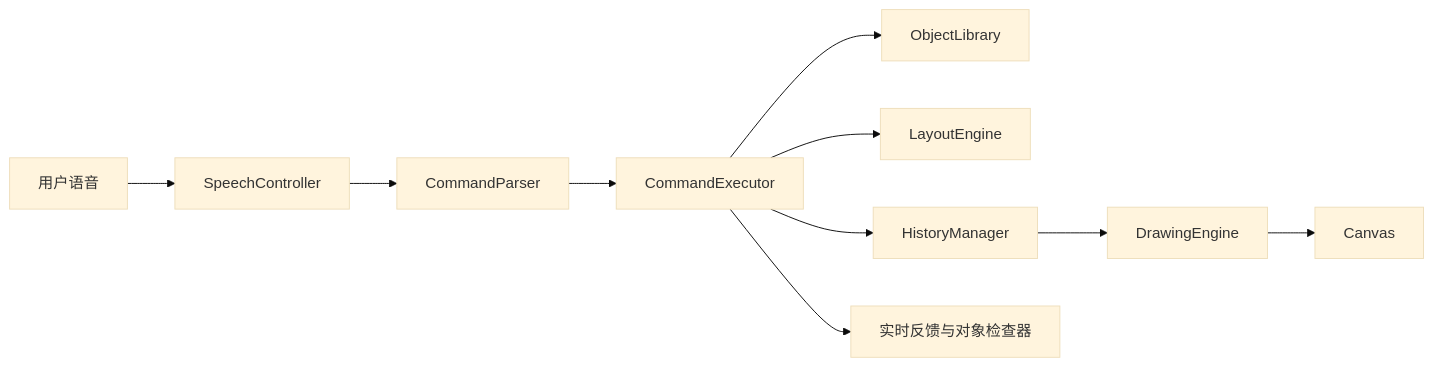
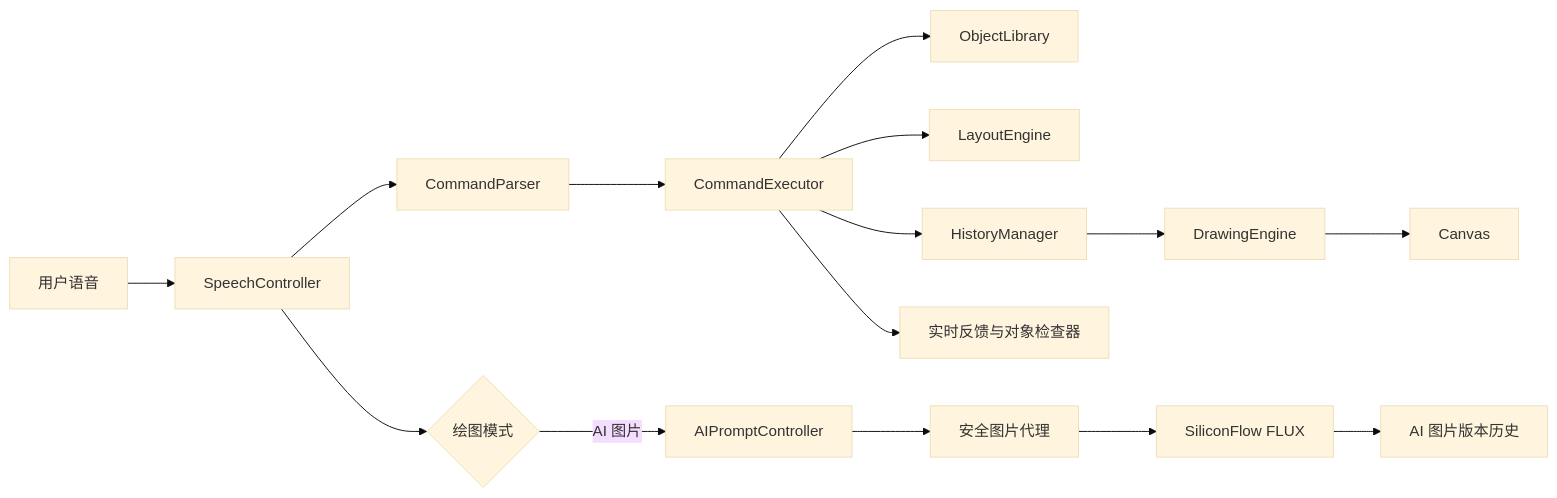
The diagram in DESIGN.md (LazyQ0130/VoiceCanvas-AI), drawn with Mermaid (base theme) before and after one commit. The commit also changed other lines of this file and 21 other files, not shown here.

````diff
--- a/DESIGN.md
+++ b/DESIGN.md
@@ -24,12 +24,17 @@
 ```mermaid
 flowchart LR
   U[用户语音] --> S[SpeechController]
   S --> P[CommandParser]
   P --> E[CommandExecutor]
   E --> O[ObjectLibrary]
   E --> L[LayoutEngine]
   E --> H[HistoryManager]
   H --> D[DrawingEngine]
   D --> C[Canvas]
   E --> UI[实时反馈与对象检查器]
+  S --> M{绘图模式}
+  M -->|AI 图片| AP[AIPromptController]
+  AP --> API[安全图片代理]
+  API --> SF[SiliconFlow FLUX]
+  SF --> AH[AI 图片版本历史]
 ```
````
